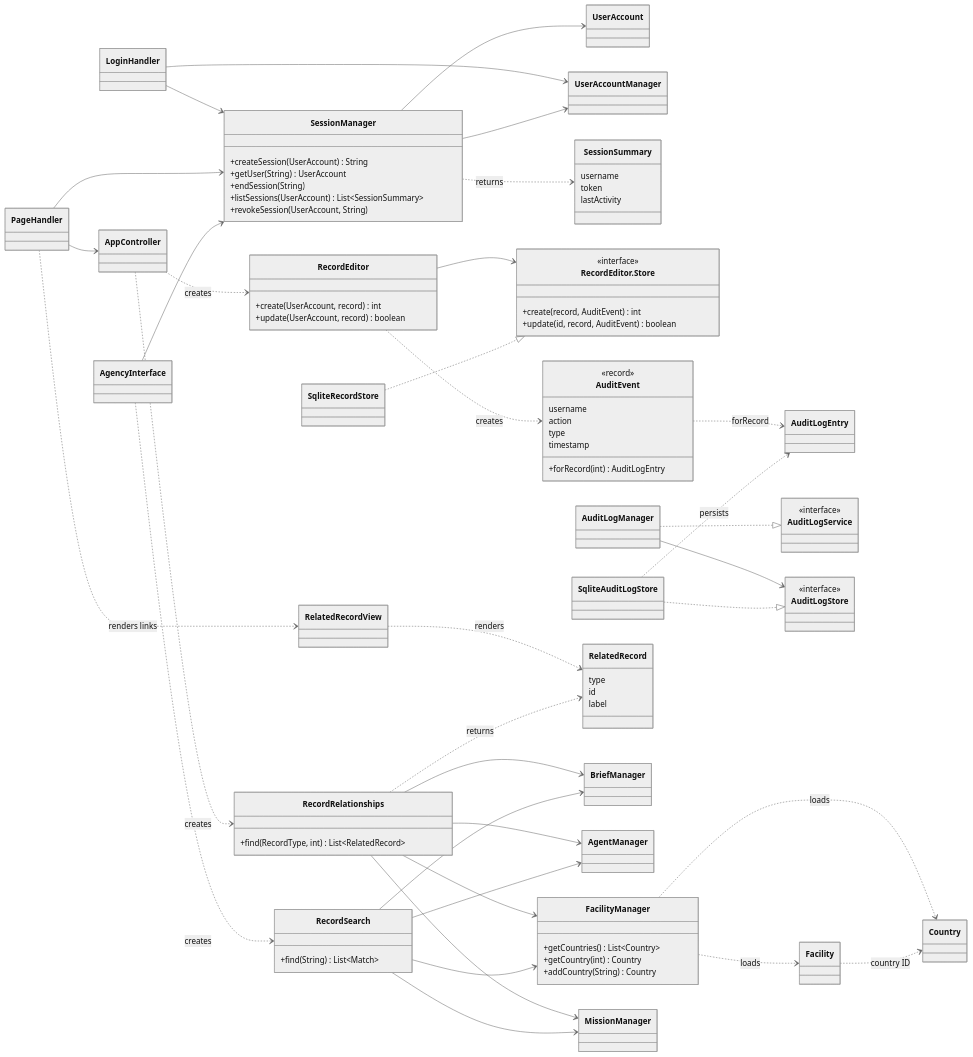
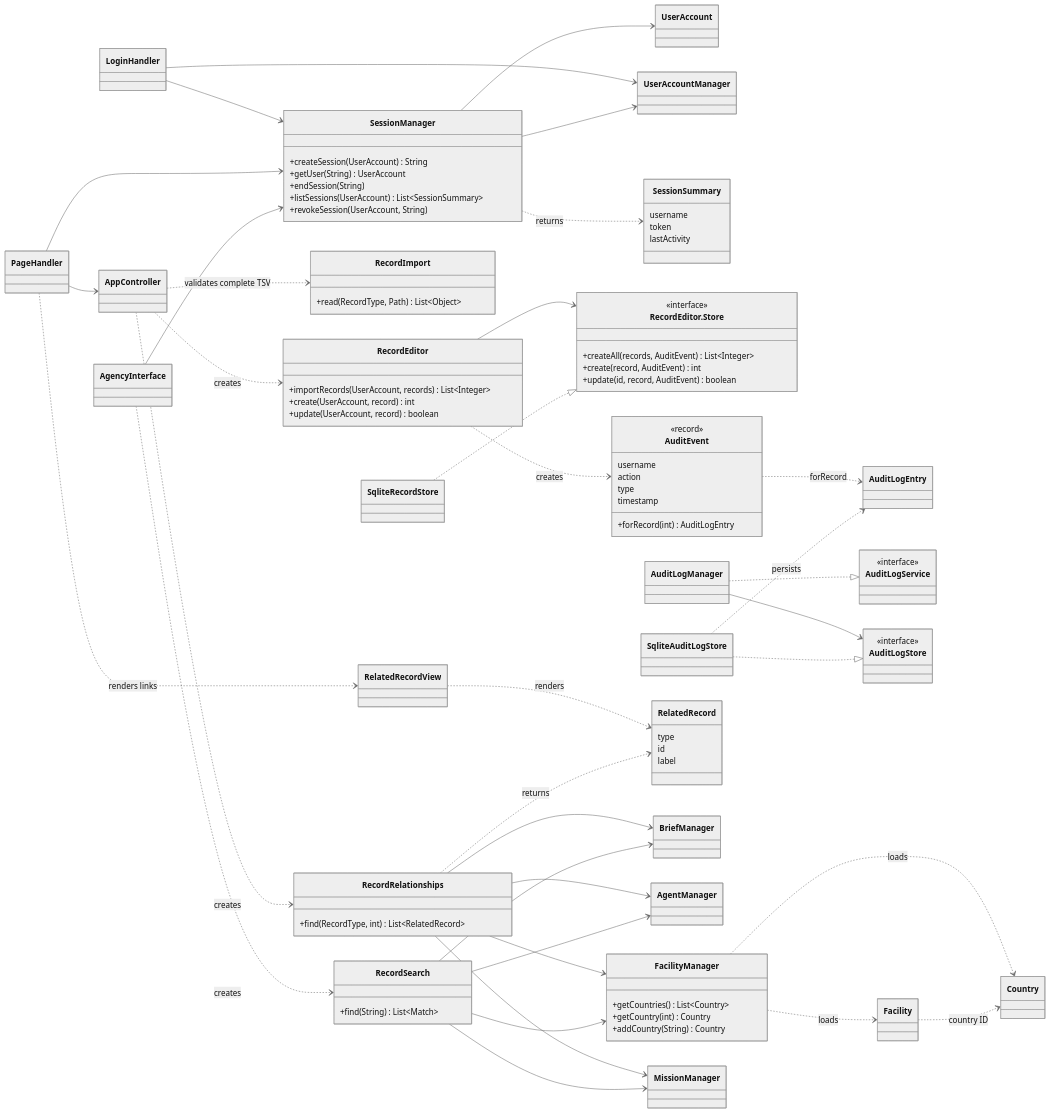
Before and after one commit to fa26-cs3140/2-15-TopSecret: the first of 2 diagrams in docs/team-d/DESIGN.md, drawn with Mermaid (neutral theme). The commit also changed other lines of this file and 9 other files, not shown here.

```diff
--- a/docs/team-d/DESIGN.md
+++ b/docs/team-d/DESIGN.md
@@ -34,14 +34,20 @@
     }
     class AgencyInterface
     class RecordEditor {
+        +importRecords(UserAccount, records) List~Integer~
         +create(UserAccount, record) int
         +update(UserAccount, record) boolean
     }
     class EditStore["RecordEditor.Store"] {
         <<interface>>
+        +createAll(records, AuditEvent) List~Integer~
         +create(record, AuditEvent) int
         +update(id, record, AuditEvent) boolean
     }
+    class RecordImport {
+        +read(RecordType, Path) List~Object~
+    }
+    AppController ..> RecordImport : validates complete TSV
     class SqliteRecordStore
     class AuditLogEntry
     class AuditEvent {
```
